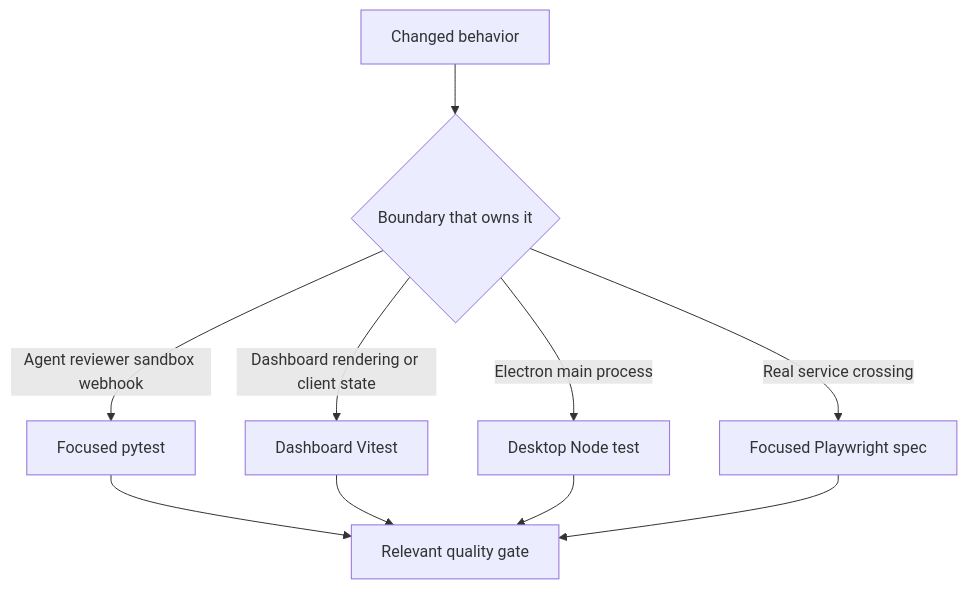
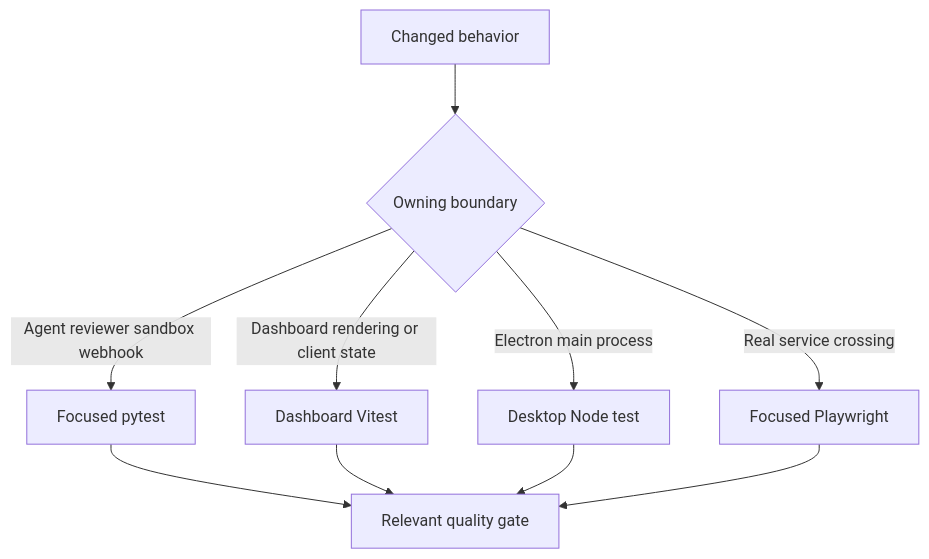
The first of 2 diagrams in openwiki/testing/overview.md (langchain-ai/open-swe), drawn with Mermaid before and after one commit. The commit also changed other lines of this file and 51 other files, not shown here.

````diff
--- a/openwiki/testing/overview.md
+++ b/openwiki/testing/overview.md
@@ -63,12 +63,12 @@
 ```mermaid
 flowchart TD
-    Change["Changed behavior"] --> Owner{"Boundary that owns it"}
+    Change["Changed behavior"] --> Owner{"Owning boundary"}
     Owner -->|"Agent reviewer sandbox webhook"| Pytest["Focused pytest"]
     Owner -->|"Dashboard rendering or client state"| Vitest["Dashboard Vitest"]
-    Owner -->|"Electron main process"| Node["Desktop Node test"]
-    Owner -->|"Real service crossing"| Playwright["Focused Playwright spec"]
-    Pytest --> Gates["Relevant quality gate"]
-    Vitest --> Gates
-    Node --> Gates
-    Playwright --> Gates
+    Owner -->|"Electron main process"| NodeTest["Desktop Node test"]
+    Owner -->|"Real service crossing"| Browser["Focused Playwright"]
+    Pytest --> Gate["Relevant quality gate"]
+    Vitest --> Gate
+    NodeTest --> Gate
+    Browser --> Gate
 ```
````
